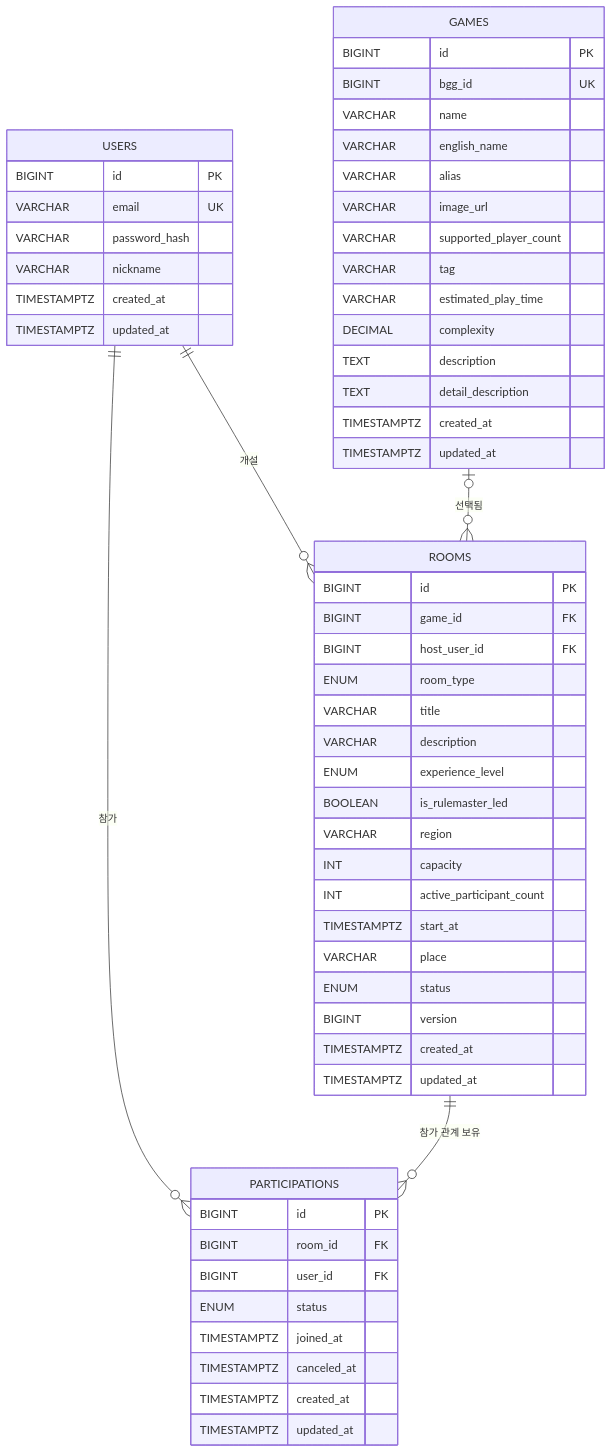
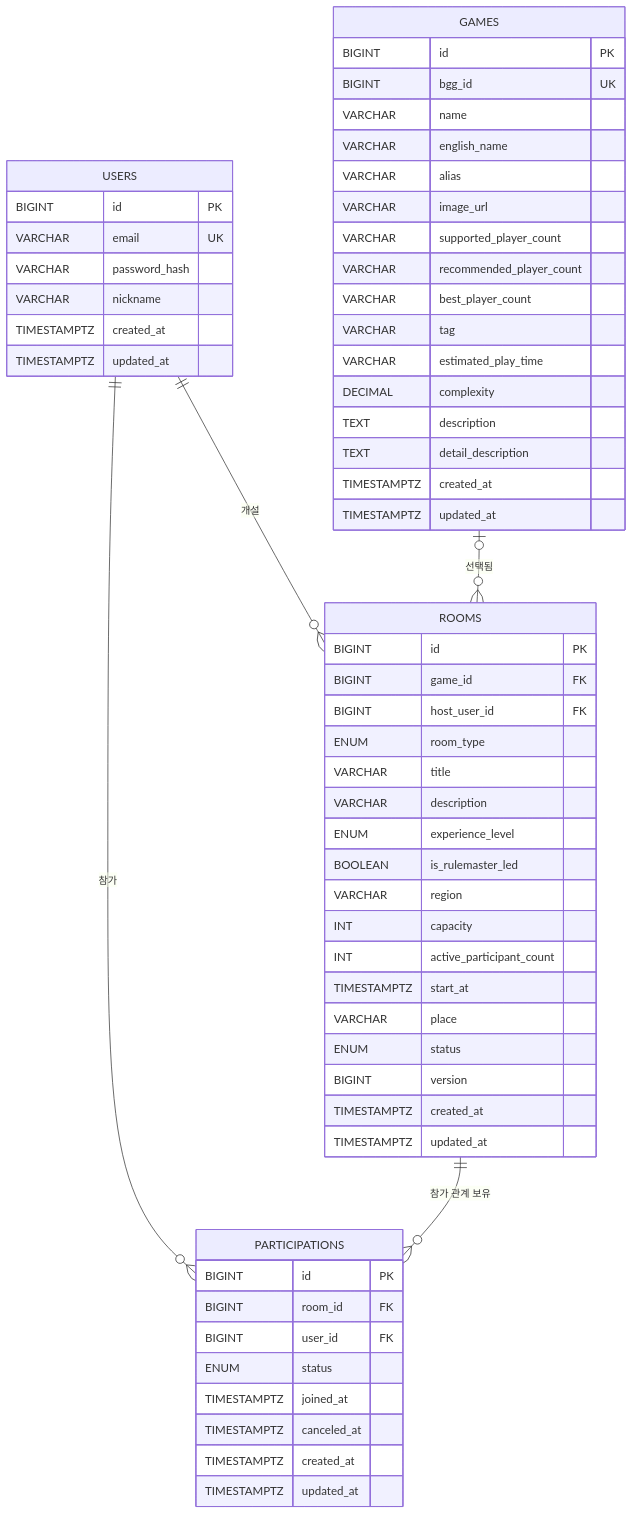
The diagram in docs/ERD.md (bamsongi-club/albam-mate), drawn with Mermaid before and after one commit. The commit also changed other lines of this file and 7 other files, not shown here.

```diff
--- a/docs/ERD.md
+++ b/docs/ERD.md
@@ -23,64 +23,66 @@
 ~~~mermaid
 erDiagram
     USERS ||--o{ ROOMS : "개설"
     GAMES o|--o{ ROOMS : "선택됨"
     USERS ||--o{ PARTICIPATIONS : "참가"
     ROOMS ||--o{ PARTICIPATIONS : "참가 관계 보유"
 
     USERS {
         BIGINT id PK
         VARCHAR email UK
         VARCHAR password_hash
         VARCHAR nickname
         TIMESTAMPTZ created_at
         TIMESTAMPTZ updated_at
     }
 
     GAMES {
         BIGINT id PK
         BIGINT bgg_id UK
         VARCHAR name
         VARCHAR english_name
         VARCHAR alias
         VARCHAR image_url
         VARCHAR supported_player_count
+        VARCHAR recommended_player_count
+        VARCHAR best_player_count
         VARCHAR tag
         VARCHAR estimated_play_time
         DECIMAL complexity
         TEXT description
         TEXT detail_description
         TIMESTAMPTZ created_at
         TIMESTAMPTZ updated_at
     }
 
     ROOMS {
         BIGINT id PK
         BIGINT game_id FK
         BIGINT host_user_id FK
         ENUM room_type
         VARCHAR title
         VARCHAR description
         ENUM experience_level
         BOOLEAN is_rulemaster_led
         VARCHAR region
         INT capacity
         INT active_participant_count
         TIMESTAMPTZ start_at
         VARCHAR place
         ENUM status
         BIGINT version
         TIMESTAMPTZ created_at
         TIMESTAMPTZ updated_at
     }
 
     PARTICIPATIONS {
         BIGINT id PK
         BIGINT room_id FK
         BIGINT user_id FK
         ENUM status
         TIMESTAMPTZ joined_at
         TIMESTAMPTZ canceled_at
         TIMESTAMPTZ created_at
         TIMESTAMPTZ updated_at
     }
 ~~~
```
